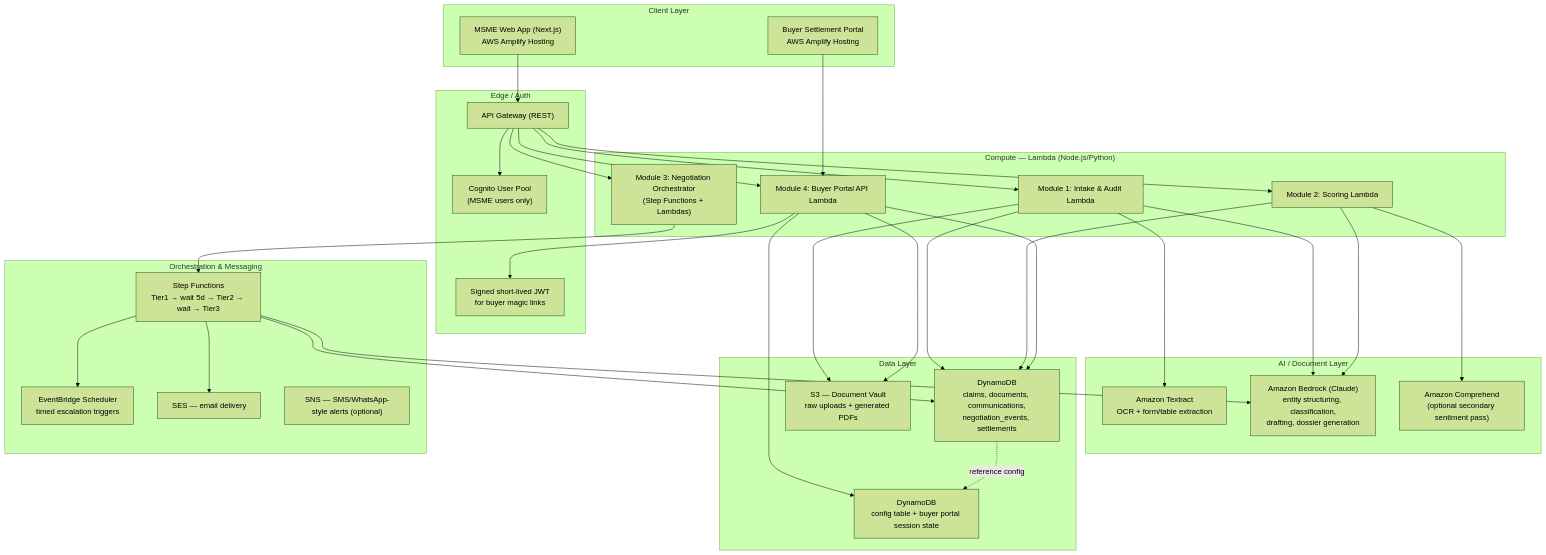
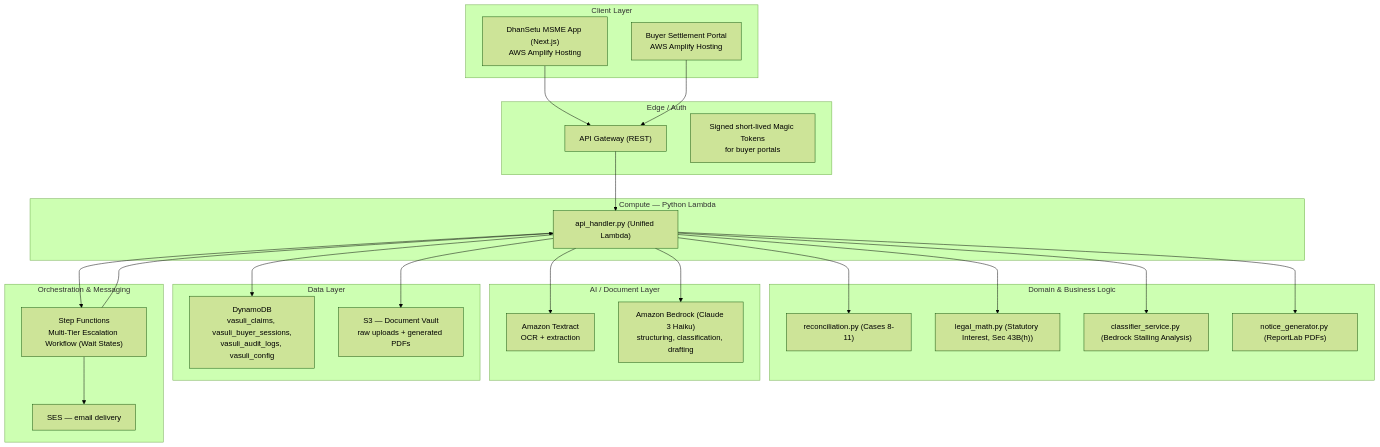
One commit to Priyanshiag1/bharat_builds changed the diagram in PROJECT.md. Above: the diagram before and after it, drawn with Mermaid (forest theme). The commit also changed other lines of this file and 2 other files, not shown here.

Commit message:
Update DhanSetu project documentation

````diff
--- a/PROJECT.md
+++ b/PROJECT.md
@@ -33,69 +33,56 @@
 ```mermaid
 flowchart TB
     subgraph Client["Client Layer"]
-        A1["MSME Web App (Next.js)<br/>AWS Amplify Hosting"]
+        A1["DhanSetu MSME App (Next.js)<br/>AWS Amplify Hosting"]
         A2["Buyer Settlement Portal<br/>AWS Amplify Hosting"]
     end
 
     subgraph Edge["Edge / Auth"]
         B1["API Gateway (REST)"]
-        B2["Cognito User Pool<br/>(MSME users only)"]
-        B3["Signed short-lived JWT<br/>for buyer magic links"]
+        B3["Signed short-lived Magic Tokens<br/>for buyer portals"]
     end
 
-    subgraph Compute["Compute — Lambda (Node.js/Python)"]
-        C1["Module 1: Intake & Audit Lambda"]
-        C2["Module 2: Scoring Lambda"]
-        C3["Module 3: Negotiation Orchestrator<br/>(Step Functions + Lambdas)"]
-        C4["Module 4: Buyer Portal API Lambda"]
+    subgraph Compute["Compute — Python Lambda"]
+        C1["api_handler.py (Unified Lambda)"]
+    end
+
+    subgraph DomainLogic["Domain & Business Logic"]
+        L1["reconciliation.py (Cases 8-11)"]
+        L2["legal_math.py (Statutory Interest, Sec 43B(h))"]
+        L3["classifier_service.py (Bedrock Stalling Analysis)"]
+        L4["notice_generator.py (ReportLab PDFs)"]
     end
 
     subgraph AI["AI / Document Layer"]
-        D1["Amazon Textract<br/>OCR + form/table extraction"]
-        D2["Amazon Bedrock (Claude)<br/>entity structuring, classification,<br/>drafting, dossier generation"]
-        D3["Amazon Comprehend<br/>(optional secondary sentiment pass)"]
+        D1["Amazon Textract<br/>OCR + extraction"]
+        D2["Amazon Bedrock (Claude 3 Haiku)<br/>structuring, classification, drafting"]
     end
 
     subgraph Data["Data Layer"]
-        E1["DynamoDB<br/>claims, documents, communications,<br/>negotiation_events, settlements"]
+        E1["DynamoDB<br/>vasuli_claims, vasuli_buyer_sessions,<br/>vasuli_audit_logs, vasuli_config"]
         E2["S3 — Document Vault<br/>raw uploads + generated PDFs"]
-        E3["DynamoDB<br/>config table + buyer portal session state"]
     end
 
     subgraph Orchestration["Orchestration & Messaging"]
-        F1["Step Functions<br/>Tier1 → wait 5d → Tier2 → wait → Tier3"]
-        F2["EventBridge Scheduler<br/>timed escalation triggers"]
+        F1["Step Functions<br/>Multi-Tier Escalation Workflow (Wait States)"]
         F3["SES — email delivery"]
-        F4["SNS — SMS/WhatsApp-style alerts (optional)"]
     end
 
     A1 --> B1
-    B1 --> B2
-    A2 --> C4
-    C4 --> B3
+    A2 --> B1
     B1 --> C1
-    B1 --> C2
-    B1 --> C3
-    B1 --> C4
+
+    C1 --> L1
+    C1 --> L2
+    C1 --> L3
+    C1 --> L4
 
     C1 --> D1
     C1 --> D2
     C1 --> E1
     C1 --> E2
-
-    C2 --> D2
-    C2 --> D3
-    C2 --> E1
-
-    C3 --> F1
-    F1 --> F2
-    F1 --> D2
+    
+    C1 --> F1
     F1 --> F3
-    F1 --> E1
-
-    C4 --> E1
-    C4 --> E3
-    C4 --> E2
-
-    E1 -.reference config.-> E3
+    F1 --> C1
 ```
````
